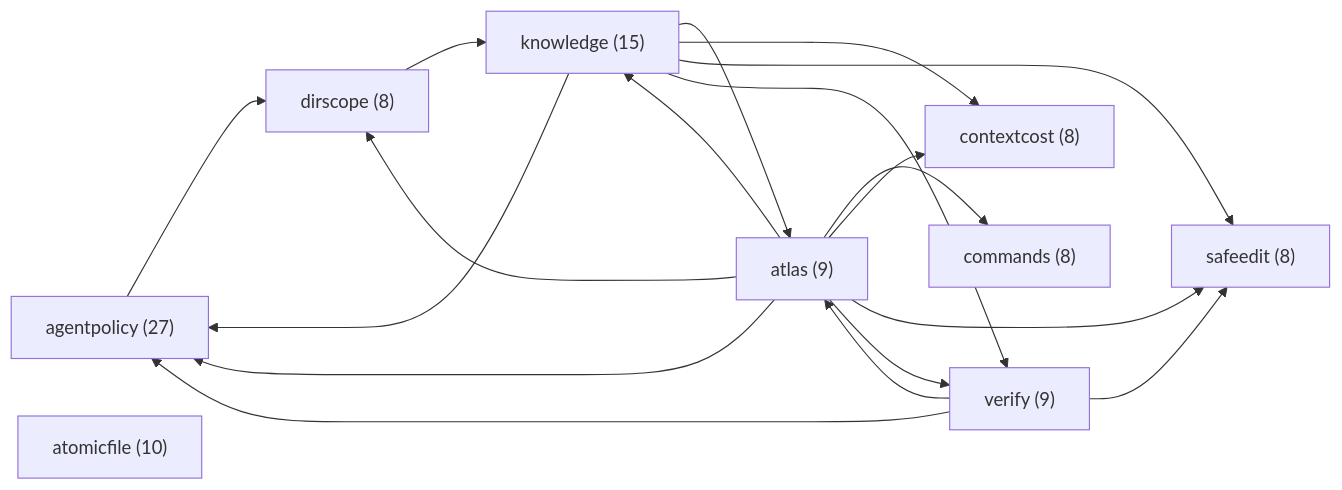
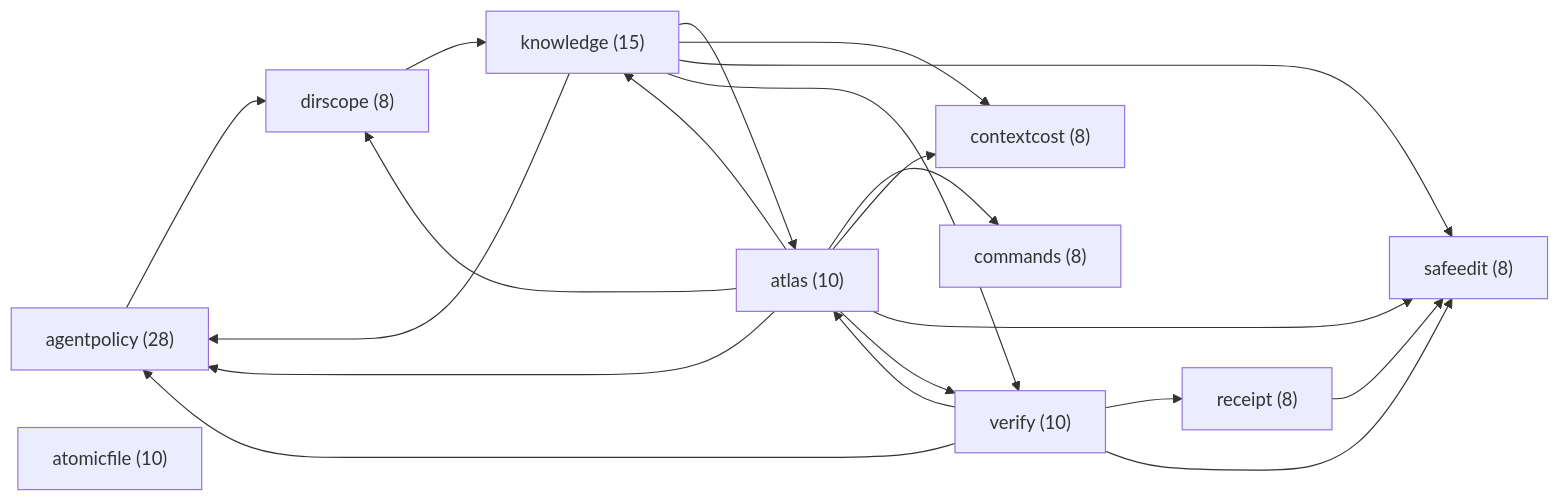
The diagram in docs/MODULES.md (HLIntel/Headron), drawn with Mermaid before and after one commit. The commit also changed other lines of this file and 15 other files, not shown here.

````diff
--- a/docs/MODULES.md
+++ b/docs/MODULES.md
@@ -8,29 +8,32 @@
 ```mermaid
 flowchart LR
-  m_agentpolicy["agentpolicy (27)"]
-  m_atlas["atlas (9)"]
+  m_agentpolicy["agentpolicy (28)"]
+  m_atlas["atlas (10)"]
   m_atomicfile["atomicfile (10)"]
   m_commands["commands (8)"]
   m_contextcost["contextcost (8)"]
   m_dirscope["dirscope (8)"]
   m_knowledge["knowledge (15)"]
+  m_receipt["receipt (8)"]
   m_safeedit["safeedit (8)"]
-  m_verify["verify (9)"]
+  m_verify["verify (10)"]
   m_agentpolicy --> m_dirscope
   m_atlas --> m_agentpolicy
   m_atlas --> m_commands
   m_atlas --> m_contextcost
   m_atlas --> m_dirscope
   m_atlas --> m_knowledge
   m_atlas --> m_safeedit
   m_atlas --> m_verify
   m_dirscope --> m_knowledge
   m_knowledge --> m_agentpolicy
   m_knowledge --> m_atlas
   m_knowledge --> m_contextcost
   m_knowledge --> m_safeedit
   m_knowledge --> m_verify
+  m_receipt --> m_safeedit
   m_verify --> m_agentpolicy
   m_verify --> m_atlas
+  m_verify --> m_receipt
   m_verify --> m_safeedit
 ```
````
